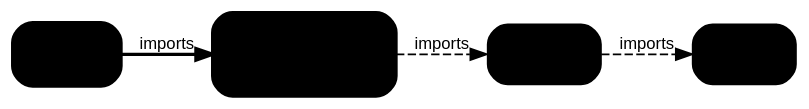
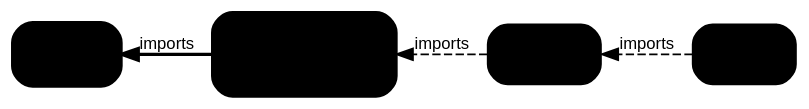
One commit to vitejs/vite changed the diagram in docs/guide/api-hmr.md. Above: the diagram before and after it, drawn with Graphviz.

Commit message:
docs: fix direction

````diff
--- a/docs/guide/api-hmr.md
+++ b/docs/guide/api-hmr.md
@@ -96,18 +96,18 @@
 ```dot
 digraph hmr_boundary {
-  rankdir=LR
+  rankdir=RL
   ranksep=0.3
   node [shape=box style="rounded,filled" fontname="Arial" fontsize=11 margin="0.2,0.1" fontcolor="${#3c3c43|#ffffff}" color="${#c2c2c4|#3c3f44}"]
   edge [color="${#67676c|#98989f}" fontname="Arial" fontsize=10 fontcolor="${#67676c|#98989f}"]
   bgcolor="transparent"
 
   root [label="main.js" fillcolor="${#f6f6f7|#2e2e32}"]
   parent [label="App.vue" fillcolor="${#f6f6f7|#2e2e32}"]
   boundary [label="Component.vue\n(HMR boundary)\nhot.accept()" fillcolor="${#def5ed|#15312d}" color="${#18794e|#3dd68c}" penwidth=2]
   edited [label="utils.js\n(edited)" fillcolor="${#fcf4dc|#38301a}" color="${#915930|#f9b44e}" penwidth=2]
 
-  edited -> boundary [label="imports" color="${#915930|#f9b44e}" style=bold]
-  boundary -> parent [label="imports" style=dashed]
-  parent -> root [label="imports" style=dashed]
+  boundary -> edited [label="imports" color="${#915930|#f9b44e}" style=bold]
+  parent -> boundary [label="imports" style=dashed]
+  root -> parent [label="imports" style=dashed]
 }
 ```
````
